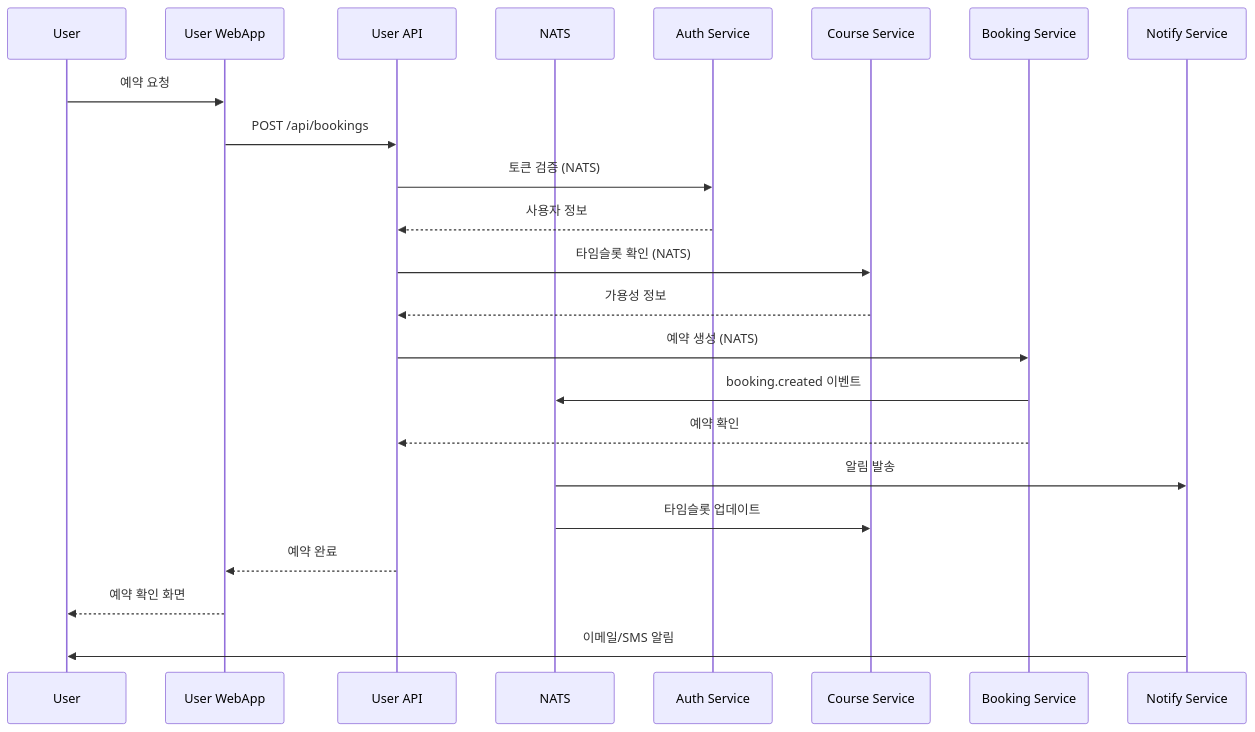
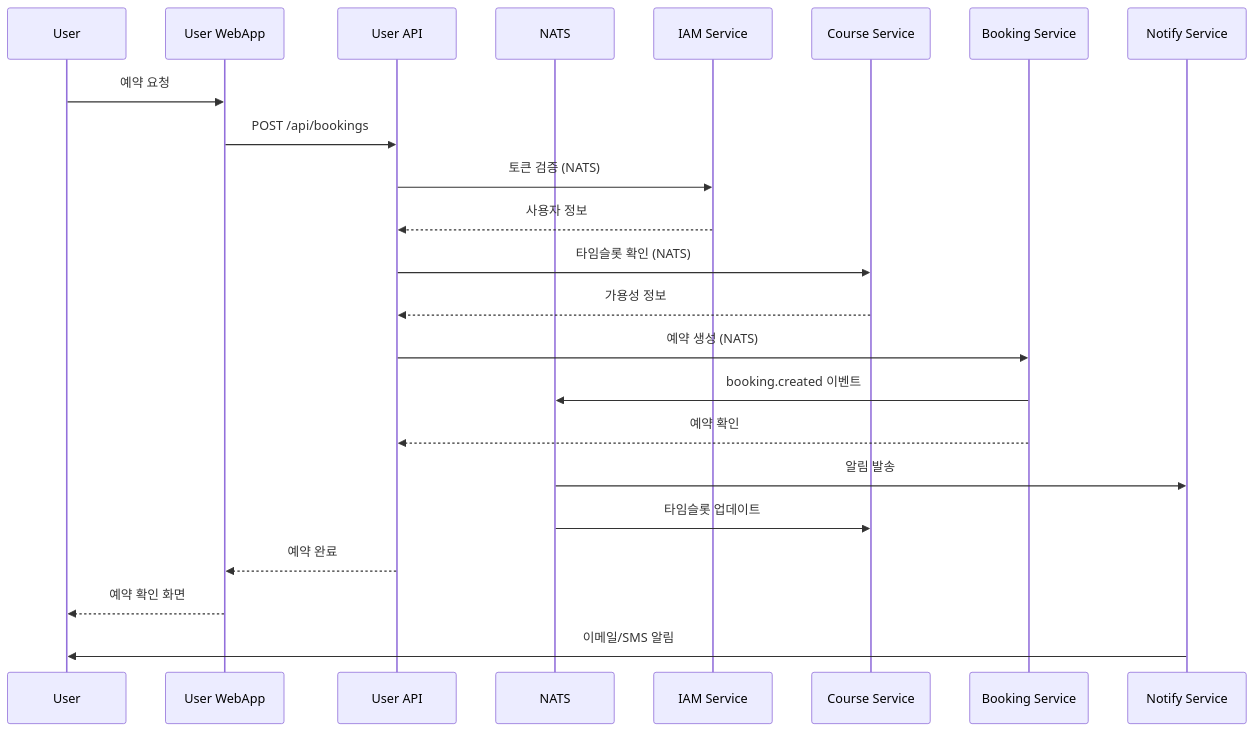
One commit to uniyous/parkgolf-platform changed the second of 10 diagrams in docs/ARCHITECTURE.md. Above: the diagram before and after it, drawn with Mermaid. The commit also changed other lines of this file and 4 other files, not shown here.

````diff
--- a/docs/ARCHITECTURE.md
+++ b/docs/ARCHITECTURE.md
@@ -122,26 +124,26 @@
 ```mermaid
 sequenceDiagram
     participant U as User
     participant UW as User WebApp
     participant UAPI as User API
     participant NATS as NATS
-    participant AUTH as Auth Service
+    participant AUTH as IAM Service
     participant COURSE as Course Service
     participant BOOK as Booking Service
     participant NOTIFY as Notify Service
 
     U->>UW: 예약 요청
     UW->>UAPI: POST /api/bookings
     UAPI->>AUTH: 토큰 검증 (NATS)
     AUTH-->>UAPI: 사용자 정보
     UAPI->>COURSE: 타임슬롯 확인 (NATS)
     COURSE-->>UAPI: 가용성 정보
     UAPI->>BOOK: 예약 생성 (NATS)
     BOOK->>NATS: booking.created 이벤트
     BOOK-->>UAPI: 예약 확인
     NATS->>NOTIFY: 알림 발송
     NATS->>COURSE: 타임슬롯 업데이트
     UAPI-->>UW: 예약 완료
     UW-->>U: 예약 확인 화면
     NOTIFY->>U: 이메일/SMS 알림
 ```
````
